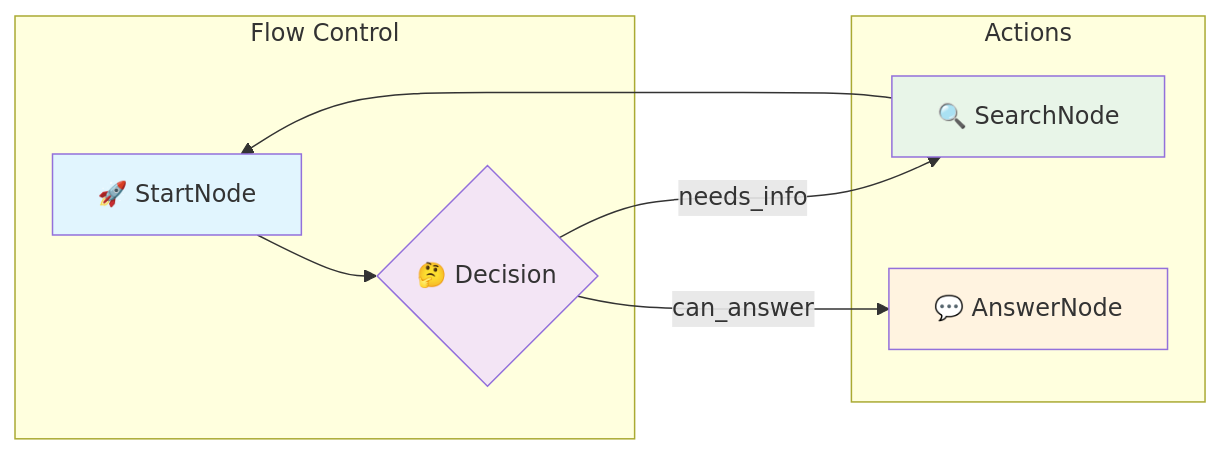
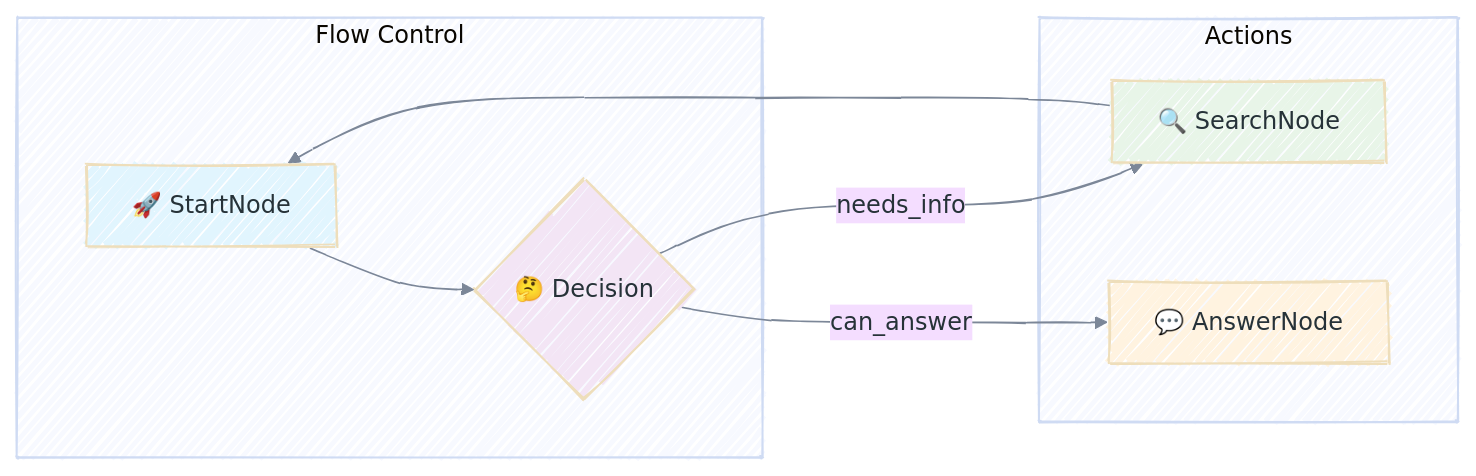
One commit to enogrob/enogrob.github.io changed the third of 18 diagrams in _posts/2025-07-17-pocket-flow-llm-graph-framework.md. Above: the diagram before and after it, drawn with Mermaid. The commit also changed other lines of this file and 12 other files, not shown here.

````diff
--- a/_posts/2025-07-17-pocket-flow-llm-graph-framework.md
+++ b/_posts/2025-07-17-pocket-flow-llm-graph-framework.md
@@ -167,17 +169,18 @@
 ```mermaid!
-graph LR
+%%{init: {"theme": "base", "look": "handDrawn", "themeVariables": {"fontFamily": "ui-sans-serif, system-ui, sans-serif", "lineColor": "#7c8798", "primaryTextColor": "#263238"}, "flowchart": {"nodeSpacing": 55, "rankSpacing": 90}}}%%
+flowchart LR
     subgraph "Flow Control"
         A[🚀 StartNode] --> B{🤔 Decision}
     end
     
     subgraph "Actions"
         B -->|needs_info| C[🔍 SearchNode]
         B -->|can_answer| D[💬 AnswerNode]
         C --> A
     end
     
     style A fill:#e1f5fe
     style B fill:#f3e5f5
     style C fill:#e8f5e8
     style D fill:#fff3e0
 ```
````
